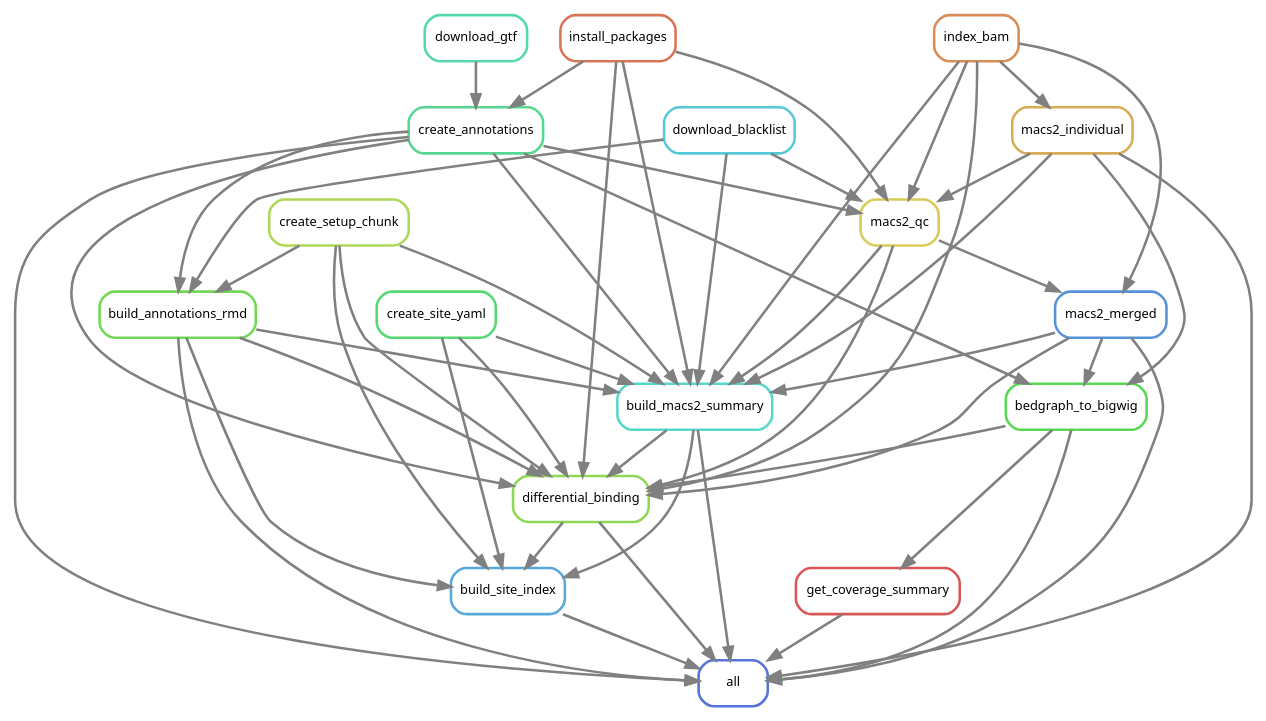
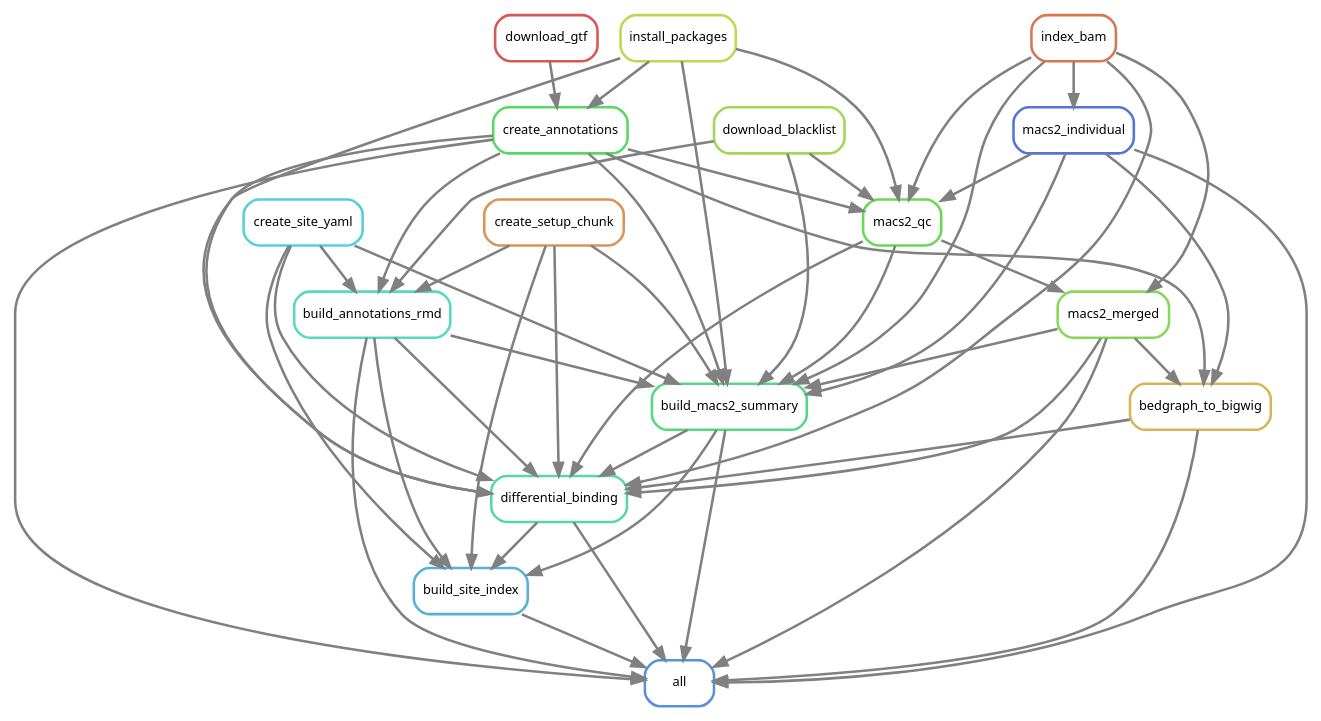
Before and after one commit to smped/GRAVI: the diagram in workflow/rules/rulegraph.dot, drawn with Graphviz. The commit also changed 42 other files, not shown here.

```diff
--- a/workflow/rules/rulegraph.dot
+++ b/workflow/rules/rulegraph.dot
@@ -1,73 +1,71 @@
 digraph snakemake_dag {
     graph[bgcolor=white, margin=0];
     node[shape=box, style=rounded, fontname=sans,                 fontsize=10, penwidth=2];
     edge[penwidth=2, color=grey];
-	0[label = "all", color = "0.63 0.6 0.85", style="rounded"];
-	1[label = "create_annotations", color = "0.41 0.6 0.85", style="rounded"];
-	2[label = "download_gtf", color = "0.44 0.6 0.85", style="rounded"];
-	3[label = "install_packages", color = "0.04 0.6 0.85", style="rounded"];
-	4[label = "build_annotations_rmd", color = "0.30 0.6 0.85", style="rounded"];
-	5[label = "download_blacklist", color = "0.52 0.6 0.85", style="rounded"];
-	6[label = "create_setup_chunk", color = "0.22 0.6 0.85", style="rounded"];
-	7[label = "build_macs2_summary", color = "0.48 0.6 0.85", style="rounded"];
-	8[label = "index_bam", color = "0.07 0.6 0.85", style="rounded"];
-	9[label = "macs2_individual", color = "0.11 0.6 0.85", style="rounded"];
-	10[label = "macs2_merged", color = "0.59 0.6 0.85", style="rounded"];
-	11[label = "macs2_qc", color = "0.15 0.6 0.85", style="rounded"];
-	12[label = "create_site_yaml", color = "0.37 0.6 0.85", style="rounded"];
-	13[label = "differential_binding", color = "0.26 0.6 0.85", style="rounded"];
-	14[label = "bedgraph_to_bigwig", color = "0.33 0.6 0.85", style="rounded"];
-	15[label = "build_site_index", color = "0.56 0.6 0.85", style="rounded"];
-	16[label = "get_coverage_summary", color = "0.00 0.6 0.85", style="rounded"];
-	16 -> 0
-	9 -> 0
+	0[label = "all", color = "0.59 0.6 0.85", style="rounded"];
+	1[label = "create_annotations", color = "0.35 0.6 0.85", style="rounded"];
+	2[label = "download_gtf", color = "0.00 0.6 0.85", style="rounded"];
+	3[label = "install_packages", color = "0.20 0.6 0.85", style="rounded"];
+	4[label = "build_annotations_rmd", color = "0.47 0.6 0.85", style="rounded"];
+	5[label = "download_blacklist", color = "0.24 0.6 0.85", style="rounded"];
+	6[label = "create_setup_chunk", color = "0.08 0.6 0.85", style="rounded"];
+	7[label = "create_site_yaml", color = "0.51 0.6 0.85", style="rounded"];
+	8[label = "build_macs2_summary", color = "0.39 0.6 0.85", style="rounded"];
+	9[label = "index_bam", color = "0.04 0.6 0.85", style="rounded"];
+	10[label = "macs2_individual", color = "0.63 0.6 0.85", style="rounded"];
+	11[label = "macs2_merged", color = "0.27 0.6 0.85", style="rounded"];
+	12[label = "macs2_qc", color = "0.31 0.6 0.85", style="rounded"];
+	13[label = "differential_binding", color = "0.43 0.6 0.85", style="rounded"];
+	14[label = "bedgraph_to_bigwig", color = "0.12 0.6 0.85", style="rounded"];
+	15[label = "build_site_index", color = "0.55 0.6 0.85", style="rounded"];
+	14 -> 0
+	11 -> 0
+	1 -> 0
+	8 -> 0
+	13 -> 0
 	4 -> 0
-	14 -> 0
-	1 -> 0
+	15 -> 0
 	10 -> 0
-	7 -> 0
-	15 -> 0
-	13 -> 0
+	2 -> 1
 	3 -> 1
-	2 -> 1
-	1 -> 4
 	5 -> 4
 	6 -> 4
-	3 -> 7
-	8 -> 7
-	9 -> 7
-	11 -> 7
-	6 -> 7
-	4 -> 7
-	12 -> 7
-	1 -> 7
-	5 -> 7
-	10 -> 7
-	8 -> 9
-	8 -> 10
-	11 -> 10
-	3 -> 11
-	8 -> 11
+	1 -> 4
+	7 -> 4
+	9 -> 8
+	6 -> 8
+	3 -> 8
+	5 -> 8
+	11 -> 8
+	1 -> 8
+	12 -> 8
+	4 -> 8
+	7 -> 8
+	10 -> 8
+	9 -> 10
 	9 -> 11
-	1 -> 11
-	5 -> 11
+	12 -> 11
+	9 -> 12
+	3 -> 12
+	5 -> 12
+	1 -> 12
+	10 -> 12
+	9 -> 13
+	14 -> 13
+	6 -> 13
 	3 -> 13
+	11 -> 13
+	1 -> 13
+	12 -> 13
 	8 -> 13
-	11 -> 13
-	6 -> 13
 	4 -> 13
-	14 -> 13
-	12 -> 13
-	1 -> 13
 	7 -> 13
-	10 -> 13
-	9 -> 14
+	11 -> 14
+	1 -> 14
 	10 -> 14
-	1 -> 14
 	6 -> 15
+	8 -> 15
+	13 -> 15
 	4 -> 15
-	12 -> 15
 	7 -> 15
-	13 -> 15
-	14 -> 16
 }            
```
